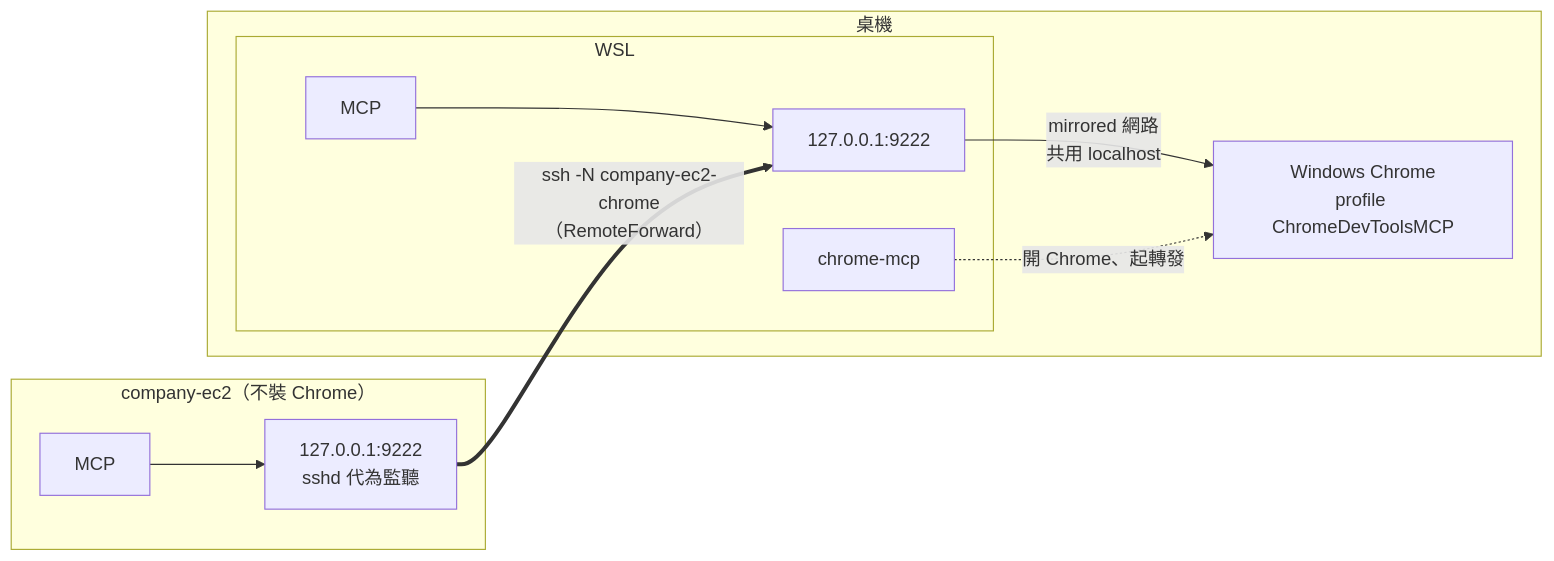
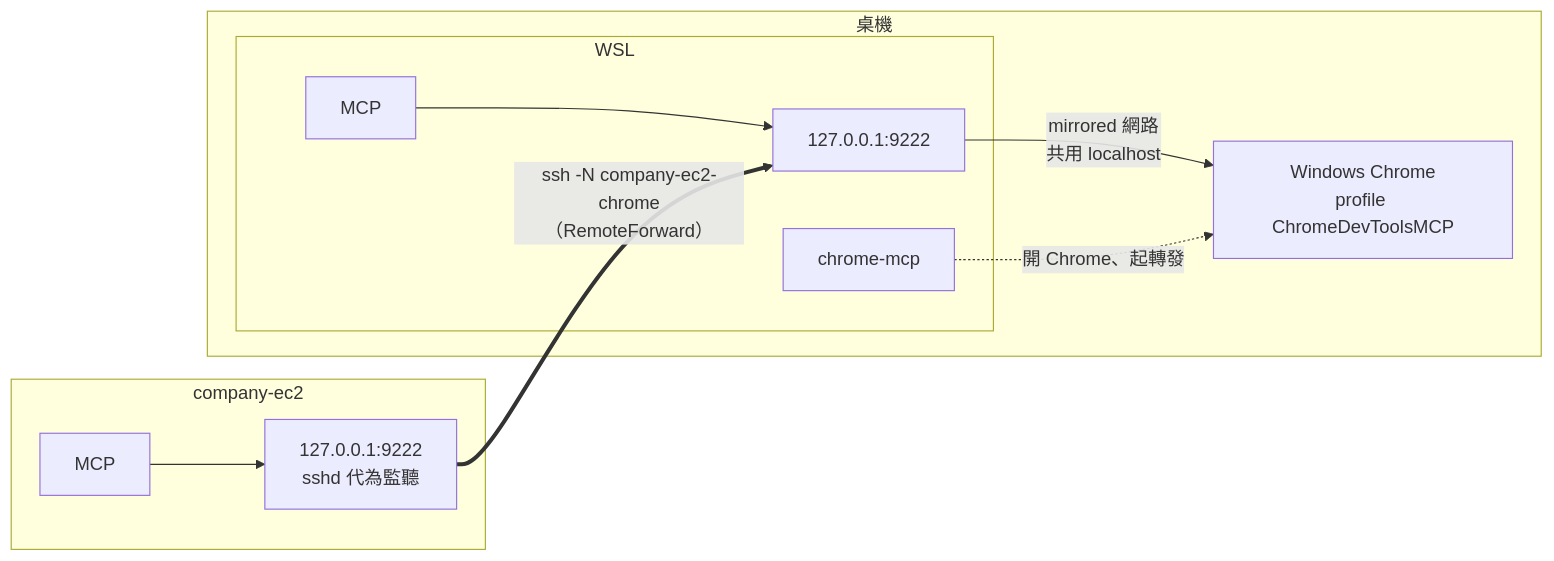
The first of 4 diagrams in docs/skills/chrome-mcp.md (henry5720/agent-config), drawn with Mermaid before and after one commit. The commit also changed other lines of this file and 2 other files, not shown here.

First line of the commit message:
feat(chrome-mcp): 遠端主機可自己開 headless Chrome

````diff
--- a/docs/skills/chrome-mcp.md
+++ b/docs/skills/chrome-mcp.md
@@ -15,16 +17,16 @@
 ```mermaid
 flowchart LR
-  subgraph EC2["company-ec2（不裝 Chrome）"]
+  subgraph EC2["company-ec2"]
     EM["MCP"] --> EP["127.0.0.1:9222<br/>sshd 代為監聽"]
   end
   subgraph PC["桌機"]
     subgraph WSL
       WM["MCP"] --> WP["127.0.0.1:9222"]
       S["chrome-mcp"]
     end
     C["Windows Chrome<br/>profile ChromeDevToolsMCP"]
   end
   EP == "ssh -N company-ec2-chrome<br/>（RemoteForward）" ==> WP
   WP -- "mirrored 網路<br/>共用 localhost" --> C
   S -. "開 Chrome、起轉發" .-> C
 ```
````
